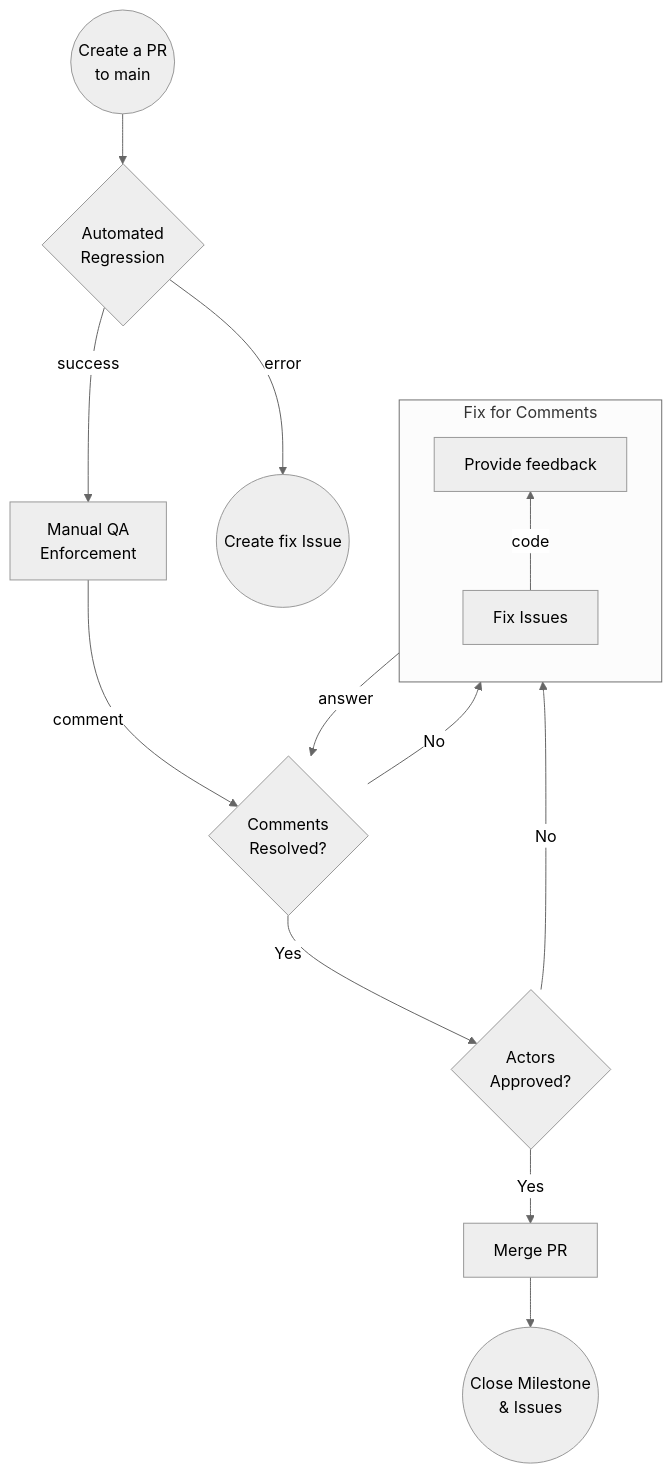
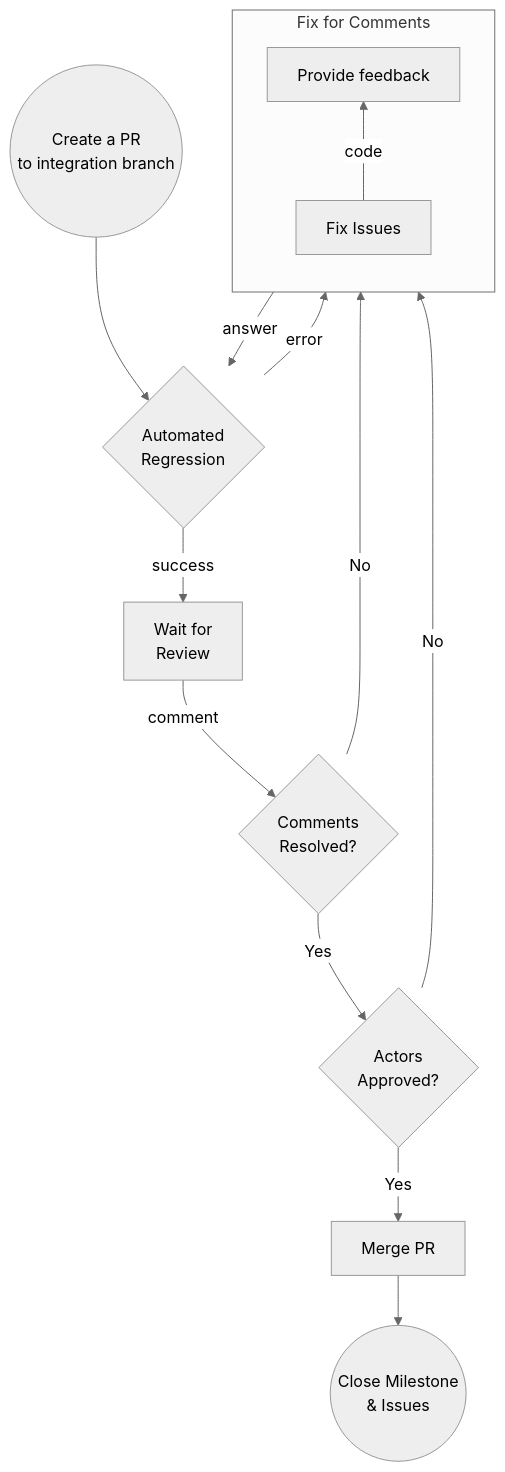
One commit to pokt-network/pocket changed the second of 2 diagrams in docs/contributing/contribution/development.md. Above: the diagram before and after it, drawn with Mermaid (neutral theme). The commit also changed other lines of this file and 5 other files, not shown here.

````diff
--- a/docs/contributing/contribution/development.md
+++ b/docs/contributing/contribution/development.md
@@ -84,23 +84,23 @@
 ```mermaid
 flowchart TB
-  pr((Create a PR<br>to main))
+  pr((Create a PR<br>to integration branch))
   pr --> testing{Automated<br>Regression}
-  testing --> |error| error((Create fix Issue))
-  testing --> |success| qa[Manual QA<br>Enforcement]
+  testing --> |error| code
+  testing --> |success| qa[Wait for<br>Review]
   qa --> |comment| review{Comments<br>Resolved?}
   
   review --> |No| code
-	feedback --> |answer| review
+	feedback --> |answer| testing
 
   review --> |Yes| approvals{Actors<br>Approved?}
   approvals --> |No| code
   approvals --> |Yes| merge[Merge PR]
   merge --> close((Close Milestone<br>& Issues))
 
   subgraph fix [Fix for Comments]
 		direction BT
     code[Fix Issues]
 		feedback[Provide feedback]
     code --> |code| feedback
   end
 ```
````
